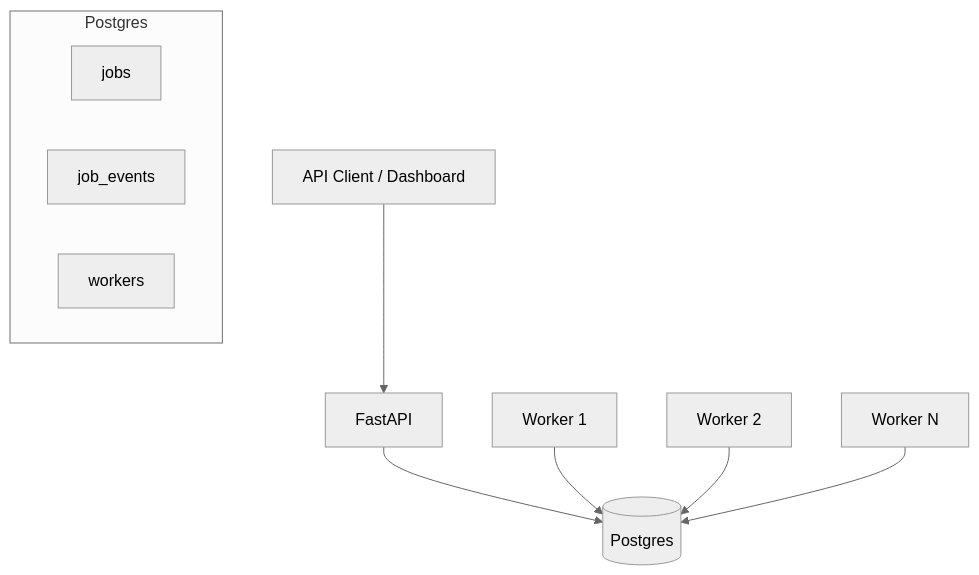
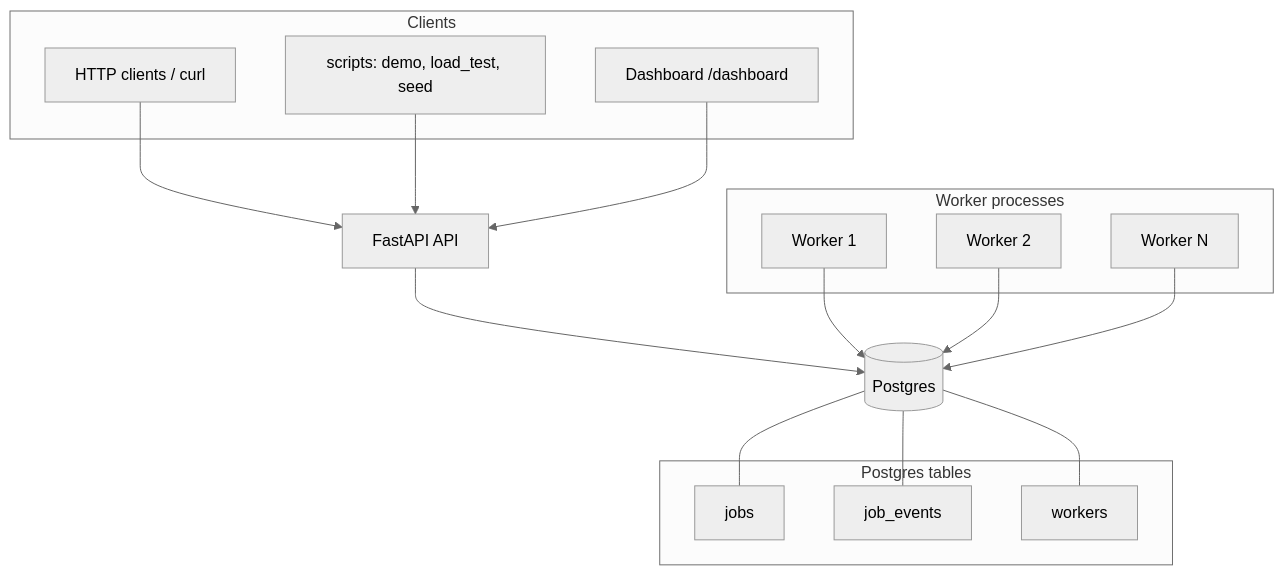
One commit to rmarathe-hub/ReliQueue changed the first of 3 diagrams in README.md. Above: the diagram before and after it, drawn with Mermaid (neutral theme). The commit also changed other lines of this file and 4 other files, not shown here.

````diff
--- a/README.md
+++ b/README.md
@@ -45,15 +54,34 @@
 ```mermaid
 flowchart TB
-    Client[API Client / Dashboard] --> API[FastAPI]
+    subgraph Clients
+        HTTP[HTTP clients / curl]
+        Scripts[scripts: demo, load_test, seed]
+        Dash[Dashboard /dashboard]
+    end
+
+    HTTP --> API[FastAPI API]
+    Scripts --> API
+    Dash --> API
+
     API --> DB[(Postgres)]
 
-    W1[Worker 1] --> DB
-    W2[Worker 2] --> DB
-    WN[Worker N] --> DB
+    subgraph Worker processes
+        W1[Worker 1]
+        W2[Worker 2]
+        WN[Worker N]
+    end
 
-    subgraph Postgres
+    W1 --> DB
+    W2 --> DB
+    WN --> DB
+
+    subgraph Postgres tables
         Jobs[jobs]
         Events[job_events]
-        Workers[workers]
+        WorkersTbl[workers]
     end
+
+    DB --- Jobs
+    DB --- Events
+    DB --- WorkersTbl
 ```
````
